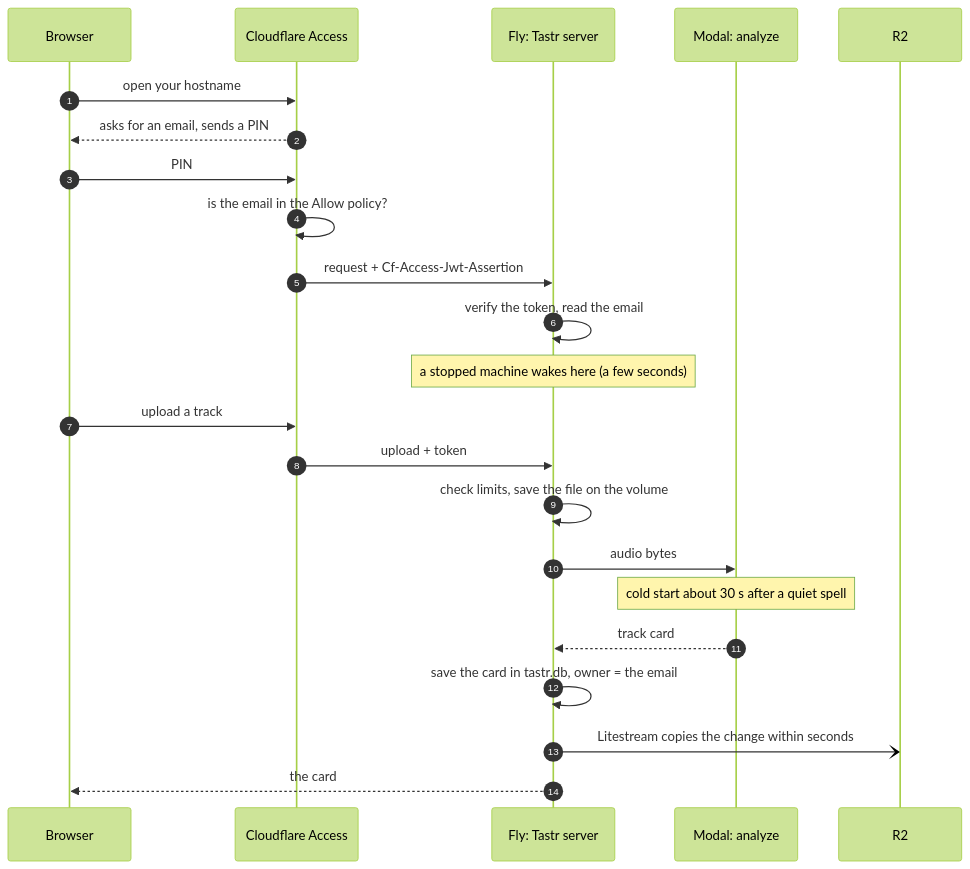
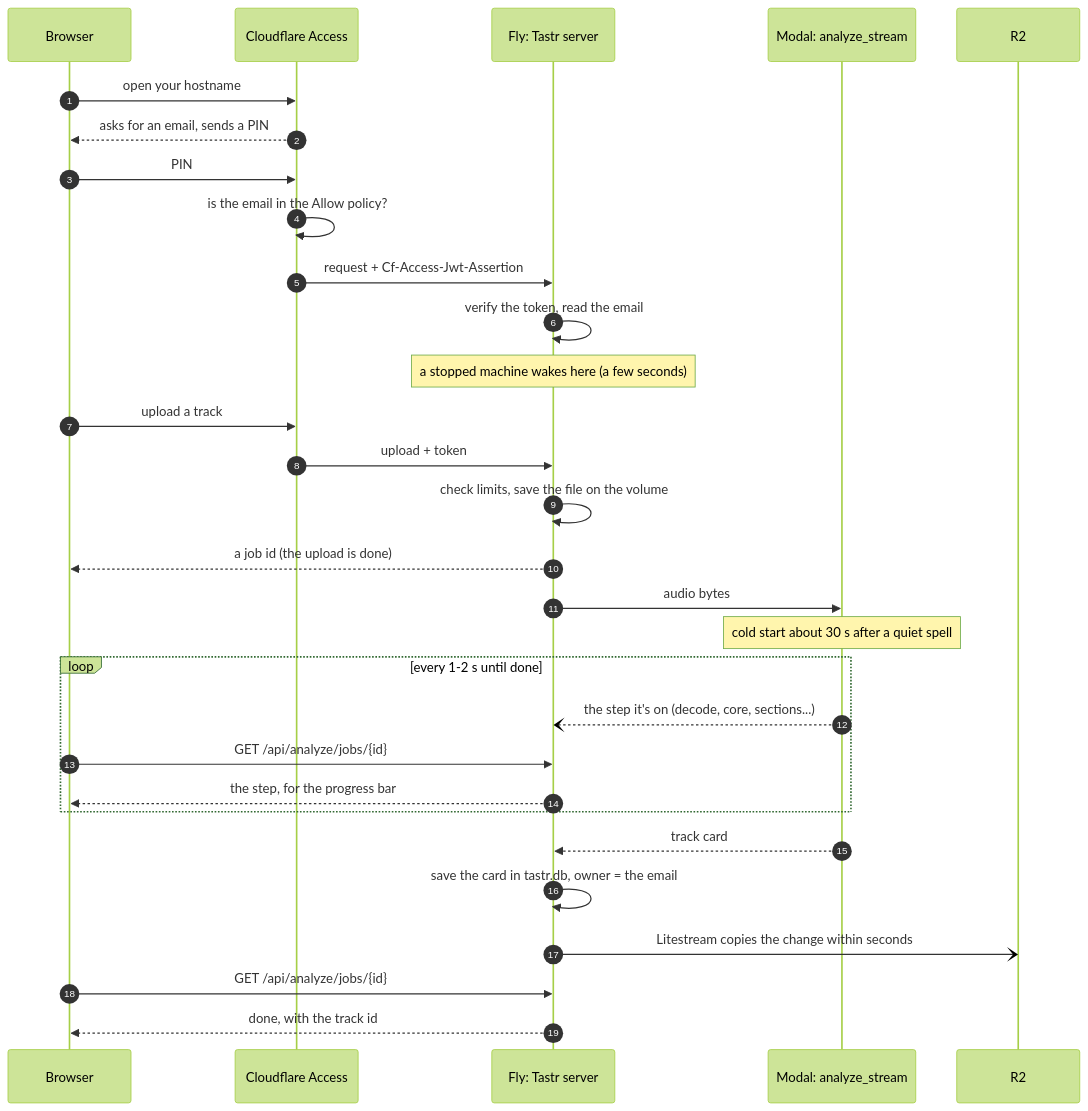
One commit to pocketIlmatto/tastr changed the second of 2 diagrams in docs/hosting-map.md. Above: the diagram before and after it, drawn with Mermaid (forest theme). The commit also changed other lines of this file and 17 other files, not shown here.

First line of the commit message:
Progress for long jobs: analysis steps, upload percent, time left, stems queue (#32)

````diff
--- a/docs/hosting-map.md
+++ b/docs/hosting-map.md
@@ -67,25 +67,32 @@
 ```mermaid
 sequenceDiagram
   autonumber
   participant B as Browser
   participant C as Cloudflare Access
   participant W as Fly: Tastr server
-  participant M as Modal: analyze
+  participant M as Modal: analyze_stream
   participant R as R2
   B->>C: open your hostname
   C-->>B: asks for an email, sends a PIN
   B->>C: PIN
   C->>C: is the email in the Allow policy?
   C->>W: request + Cf-Access-Jwt-Assertion
   W->>W: verify the token, read the email
   Note over W: a stopped machine wakes here (a few seconds)
   B->>C: upload a track
   C->>W: upload + token
   W->>W: check limits, save the file on the volume
+  W-->>B: a job id (the upload is done)
   W->>M: audio bytes
   Note over M: cold start about 30 s after a quiet spell
+  loop every 1-2 s until done
+    M--)W: the step it's on (decode, core, sections...)
+    B->>W: GET /api/analyze/jobs/{id}
+    W-->>B: the step, for the progress bar
+  end
   M-->>W: track card
   W->>W: save the card in tastr.db, owner = the email
   W-)R: Litestream copies the change within seconds
-  W-->>B: the card
+  B->>W: GET /api/analyze/jobs/{id}
+  W-->>B: done, with the track id
 ```
````
